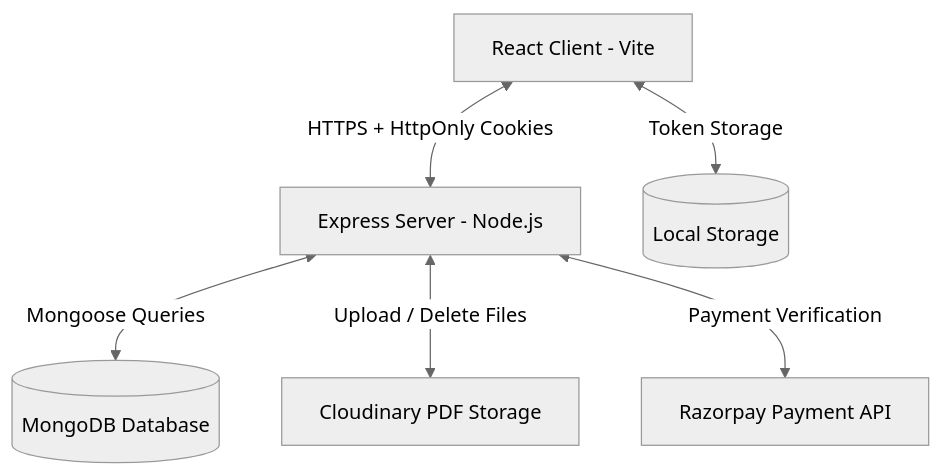
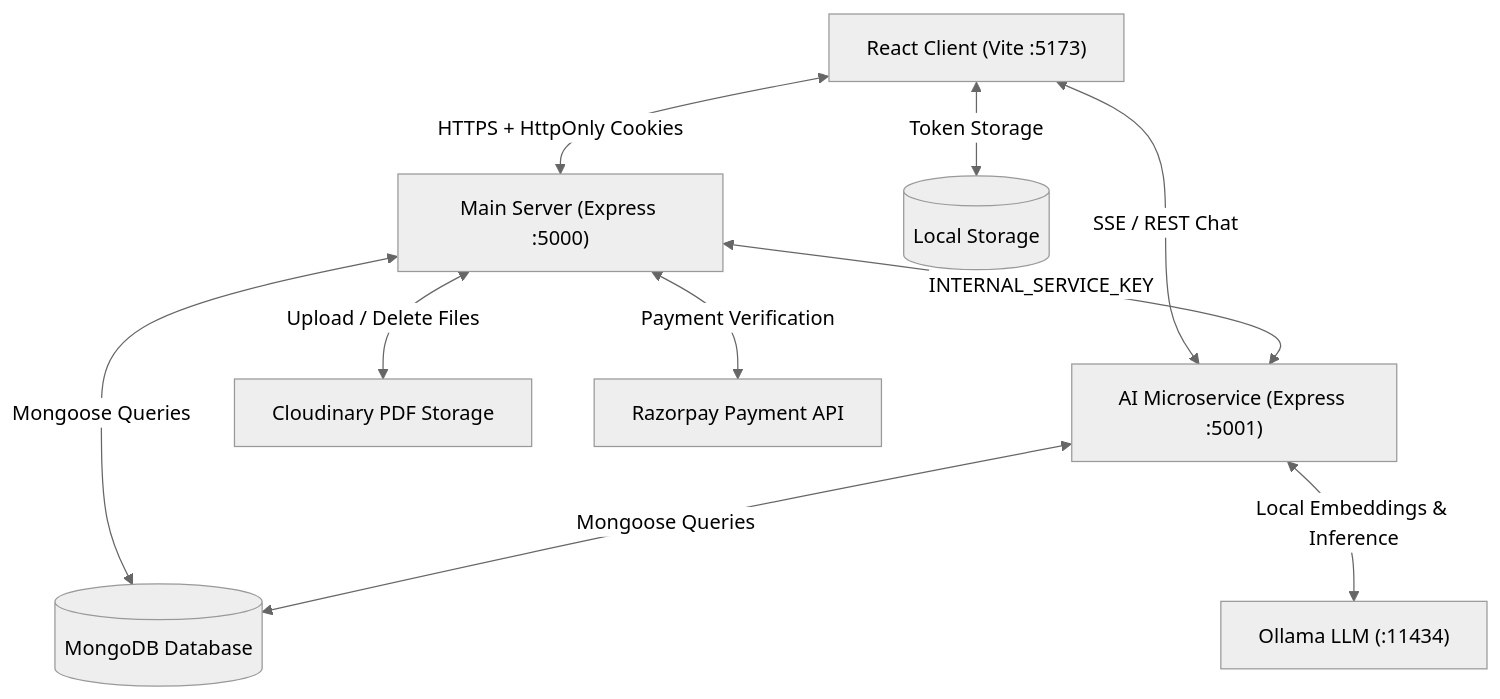
Before and after one commit to SwarnenduMani22/StudyTogether_WebApp: the diagram in README.md, drawn with Mermaid (neutral theme). The commit also changed other lines of this file and 31 other files, not shown here.

````diff
--- a/README.md
+++ b/README.md
@@ -89,8 +89,12 @@
 ```mermaid
 graph TD
-    Client[React Client - Vite] <-->|HTTPS + HttpOnly Cookies| Server[Express Server - Node.js]
-    Server <-->|Mongoose Queries| MongoDB[(MongoDB Database)]
-    Server <-->|Upload / Delete Files| Cloudinary[Cloudinary PDF Storage]
-    Client <-->|Token Storage| LocalStorage[(Local Storage)]
-    Server <-->|Payment Verification| Razorpay[Razorpay Payment API]
+    Client["React Client (Vite :5173)"] <-->|"HTTPS + HttpOnly Cookies"| Server["Main Server (Express :5000)"]
+    Client <-->|"SSE / REST Chat"| AI["AI Microservice (Express :5001)"]
+    Server <-->|"INTERNAL_SERVICE_KEY"| AI
+    Server <-->|"Mongoose Queries"| MongoDB[("MongoDB Database")]
+    AI <-->|"Mongoose Queries"| MongoDB
+    Server <-->|"Upload / Delete Files"| Cloudinary["Cloudinary PDF Storage"]
+    AI <-->|"Local Embeddings & Inference"| Ollama["Ollama LLM (:11434)"]
+    Client <-->|"Token Storage"| LocalStorage[("Local Storage")]
+    Server <-->|"Payment Verification"| Razorpay["Razorpay Payment API"]
 ```
````
